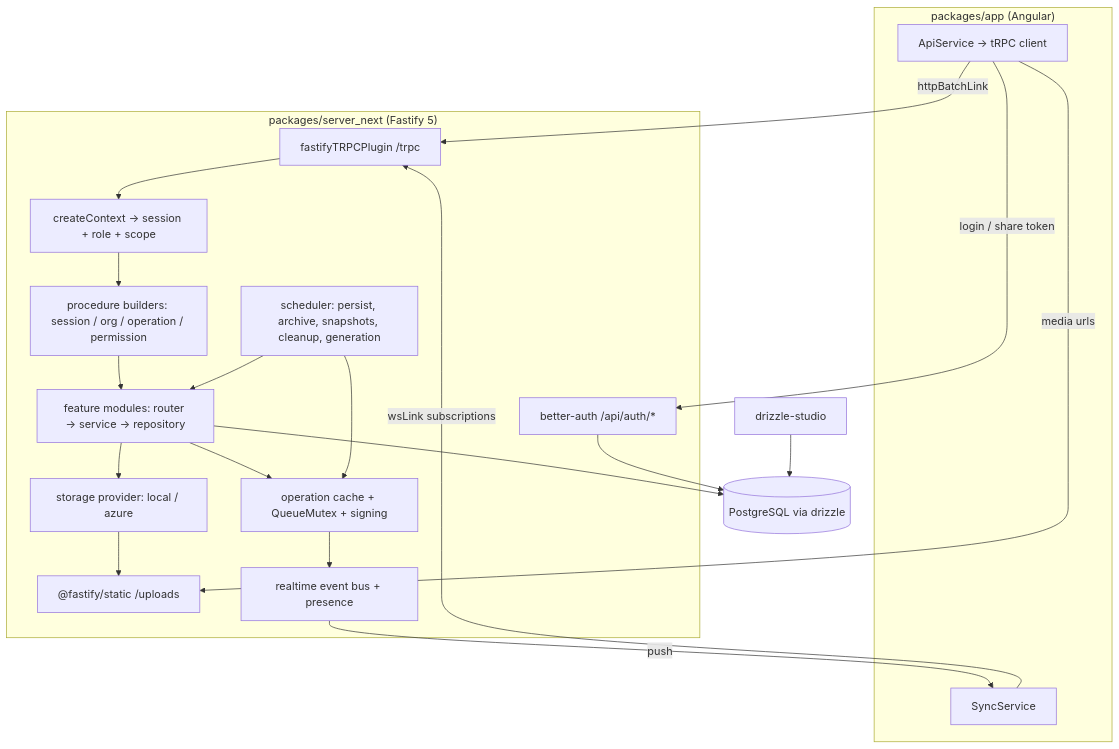
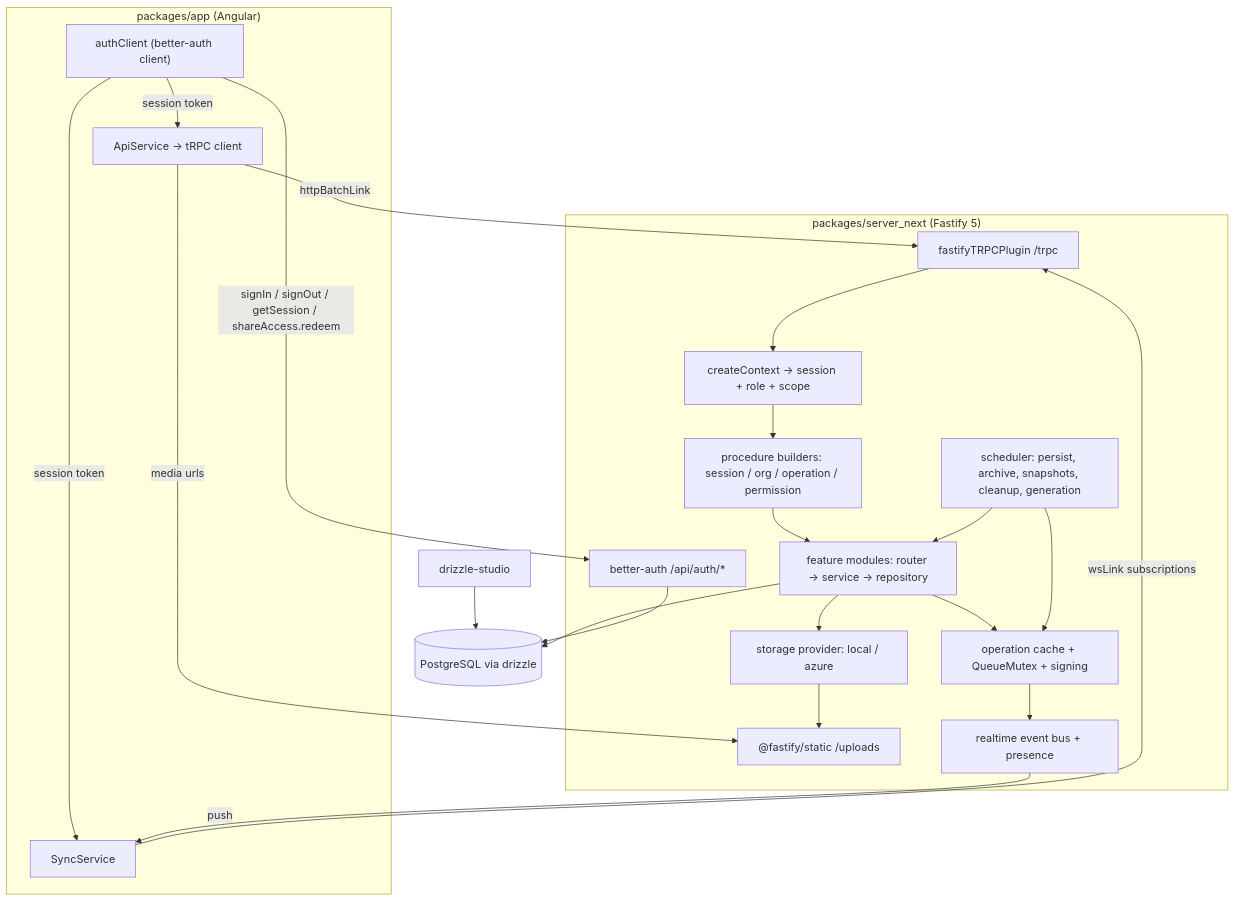
The diagram in packages/server_next/replace-strapi-with-fastify-trpc-backend.md (zskarte/zskarte), drawn with Mermaid before and after one commit. The commit also changed other lines of this file, not shown here.

First line of the commit message:
feat: integrate better-auth for authentication and sessions

````diff
--- a/packages/server_next/replace-strapi-with-fastify-trpc-backend.md
+++ b/packages/server_next/replace-strapi-with-fastify-trpc-backend.md
@@ -251,39 +290,42 @@
 ```mermaid
 graph TD
   subgraph App["packages/app (Angular)"]
+    AC["authClient (better-auth client)"]
     AS[ApiService → tRPC client]
     SY[SyncService]
   end
 
   subgraph Server["packages/server_next (Fastify 5)"]
     BA["better-auth /api/auth/*"]
     TRPC["fastifyTRPCPlugin /trpc"]
     STATIC["@fastify/static /uploads"]
     CTX[createContext → session + role + scope]
     PROC["procedure builders: session / org / operation / permission"]
     MOD[feature modules: router → service → repository]
     CACHE[operation cache + QueueMutex + signing]
     BUS[realtime event bus + presence]
     JOBS[scheduler: persist, archive, snapshots, cleanup, generation]
     STORE[storage provider: local / azure]
   end
 
   DB[(PostgreSQL via drizzle)]
   STUDIO[drizzle-studio]
 
   AS -->|httpBatchLink| TRPC
   SY -->|wsLink subscriptions| TRPC
-  AS -->|login / share token| BA
+  AC -->|"signIn / signOut / getSession / shareAccess.redeem"| BA
+  AC -->|session token| AS
+  AC -->|session token| SY
   AS -->|media urls| STATIC
   TRPC --> CTX --> PROC --> MOD
   MOD --> CACHE
   CACHE --> BUS
   BUS -->|push| SY
   MOD --> DB
   BA --> DB
   JOBS --> CACHE
   JOBS --> MOD
   MOD --> STORE
   STORE --> STATIC
   STUDIO --> DB
 ```
````
